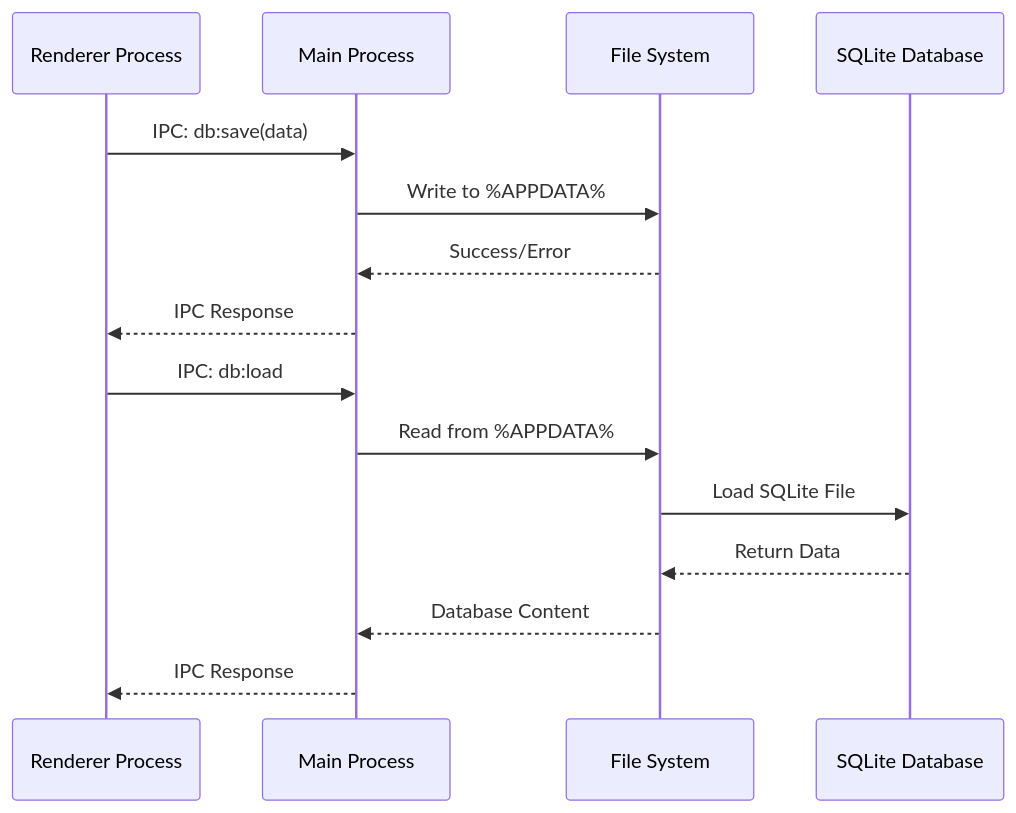
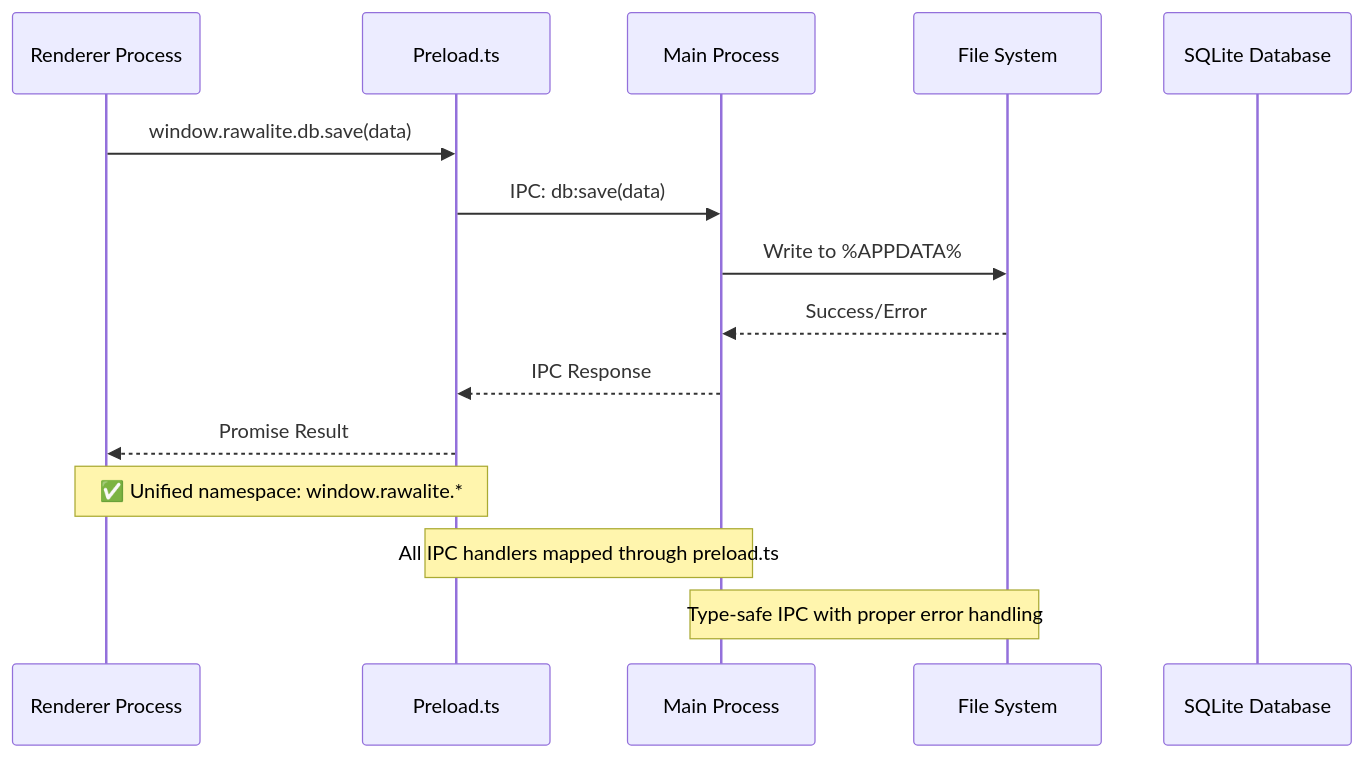
The second of 4 diagrams in docs/ARCHITECTURE.md (MonaFP/RawaLite), drawn with Mermaid before and after one commit. The commit also changed other lines of this file and 12 other files, not shown here.

````diff
--- a/docs/ARCHITECTURE.md
+++ b/docs/ARCHITECTURE.md
@@ -69,19 +91,19 @@
 ```mermaid
 sequenceDiagram
     participant R as Renderer Process
+    participant P as Preload.ts
     participant M as Main Process
     participant FS as File System
     participant DB as SQLite Database
     
-    R->>M: IPC: db:save(data)
+    R->>P: window.rawalite.db.save(data)
+    P->>M: IPC: db:save(data)
     M->>FS: Write to %APPDATA%
     FS-->>M: Success/Error
-    M-->>R: IPC Response
+    M-->>P: IPC Response
+    P-->>R: Promise Result
     
-    R->>M: IPC: db:load
-    M->>FS: Read from %APPDATA%
-    FS->>DB: Load SQLite File
-    DB-->>FS: Return Data
-    FS-->>M: Database Content
-    M-->>R: IPC Response
+    Note over R,P: ✅ Unified namespace: window.rawalite.*
+    Note over P,M: All IPC handlers mapped through preload.ts
+    Note over M,FS: Type-safe IPC with proper error handling
 ```
````
